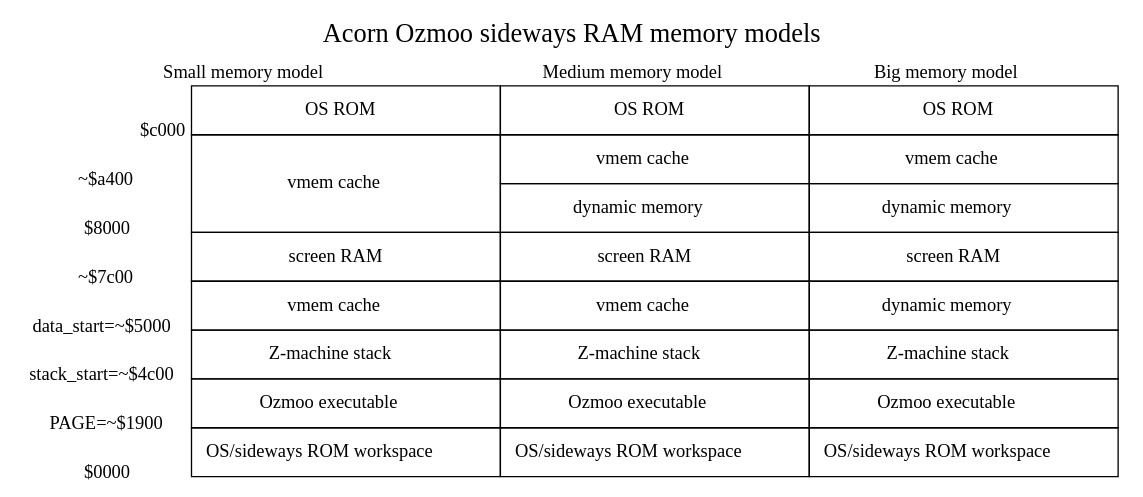
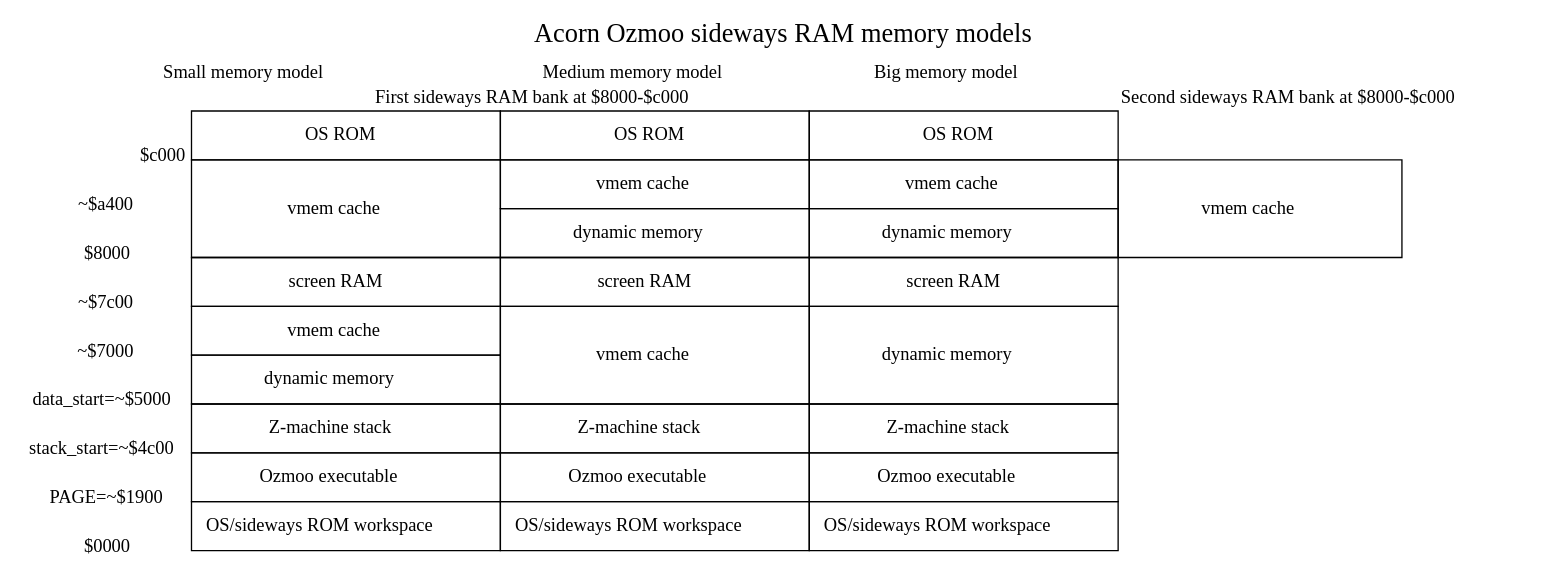
One commit to ZornsLemma/ozmoo changed the diagram in documentation/techdocs/swr-memory-models.dot. Above: the diagram before and after it, drawn with Graphviz.

Commit message:
WIP diagram

```diff
--- a/documentation/techdocs/swr-memory-models.dot
+++ b/documentation/techdocs/swr-memory-models.dot
@@ -1,64 +1,73 @@
 digraph memory {
     graph [nodesep=1, label="Acorn Ozmoo sideways RAM memory models", fontsize=20, labelloc=t];
     forcelabels=true;
     node [shape=plaintext];
 
     small [label=<
     <table border="0" cellspacing="0">
         <tr>
             <td colspan="2" border="0">Small memory model</td>
             <td colspan="1" border="0">Medium memory model</td>
 	    <td colspan="1" border="0">Big memory model</td>
         </tr>
         <tr>
+            <td colspan="4" border="0">First sideways RAM bank at $8000-$c000</td>
+            <td colspan="4" border="0">Second sideways RAM bank at $8000-$c000</td>
+        </tr>
+        <tr>
             <td align="text" valign="bottom"><sub>$c000</sub><br align="right" /></td>
             <td border="1" cellpadding="10">OS ROM</td>
             <td border="1" cellpadding="10">OS ROM</td>
 	    <td border="1" cellpadding="10">OS ROM</td>
         </tr>
 	<tr>
 	    <td valign="bottom"><sub>~$a400</sub></td>
 	    <td border="1" rowspan="2" cellpadding="10">vmem cache</td>
 	    <td border="1" cellpadding="10">vmem cache</td>
 	    <td border="1" cellpadding="10">vmem cache</td>
+	    <td border="1" rowspan="2" cellpadding="10">vmem cache</td>
 	</tr>
         <tr>
             <td valign="bottom"><sub>$8000</sub></td>
 	    <td border="1" cellpadding="10">dynamic memory</td>
 	    <td border="1" cellpadding="10">dynamic memory</td>
         </tr>
         <tr>
             <td valign="bottom"><sub>~$7c00</sub></td>
             <td border="1" cellpadding="10">screen RAM</td>
             <td border="1" cellpadding="10">screen RAM</td>
             <td border="1" cellpadding="10">screen RAM</td>
         </tr>
         <tr>
+            <td valign="bottom"><sub>~$7000</sub></td>
+            <td border="1" cellpadding="10">vmem cache</td>
+            <td border="1" rowspan="2" cellpadding="10">vmem cache</td>
+            <td border="1" rowspan="2" cellpadding="10">dynamic memory</td>
+        </tr>
+        <tr>
             <td valign="bottom"><sub>data_start=~$5000</sub></td>
-            <td border="1" cellpadding="10">vmem cache</td>
-            <td border="1" cellpadding="10">vmem cache</td>
             <td border="1" cellpadding="10">dynamic memory</td>
         </tr>
         <tr>
             <td valign="bottom"><sub>stack_start=~$4c00</sub></td>
             <td border="1" cellpadding="10">Z-machine stack</td>
             <td border="1" cellpadding="10">Z-machine stack</td>
             <td border="1" cellpadding="10">Z-machine stack</td>
         </tr>
         <tr>
             <td valign="bottom"><sub>PAGE=~$1900</sub></td>
             <td border="1" cellpadding="10">Ozmoo executable</td>
             <td border="1" cellpadding="10">Ozmoo executable</td>
             <td border="1" cellpadding="10">Ozmoo executable</td>
         </tr>
         <tr>
             <td valign="bottom"><sub>$0000</sub></td>
             <td border="1" cellpadding="10">OS/sideways ROM workspace</td>
             <td border="1" cellpadding="10">OS/sideways ROM workspace</td>
             <td border="1" cellpadding="10">OS/sideways ROM workspace</td>
         </tr>
     </table>>];
 
 }
 
 # vi: sw=4 sts=4
```
